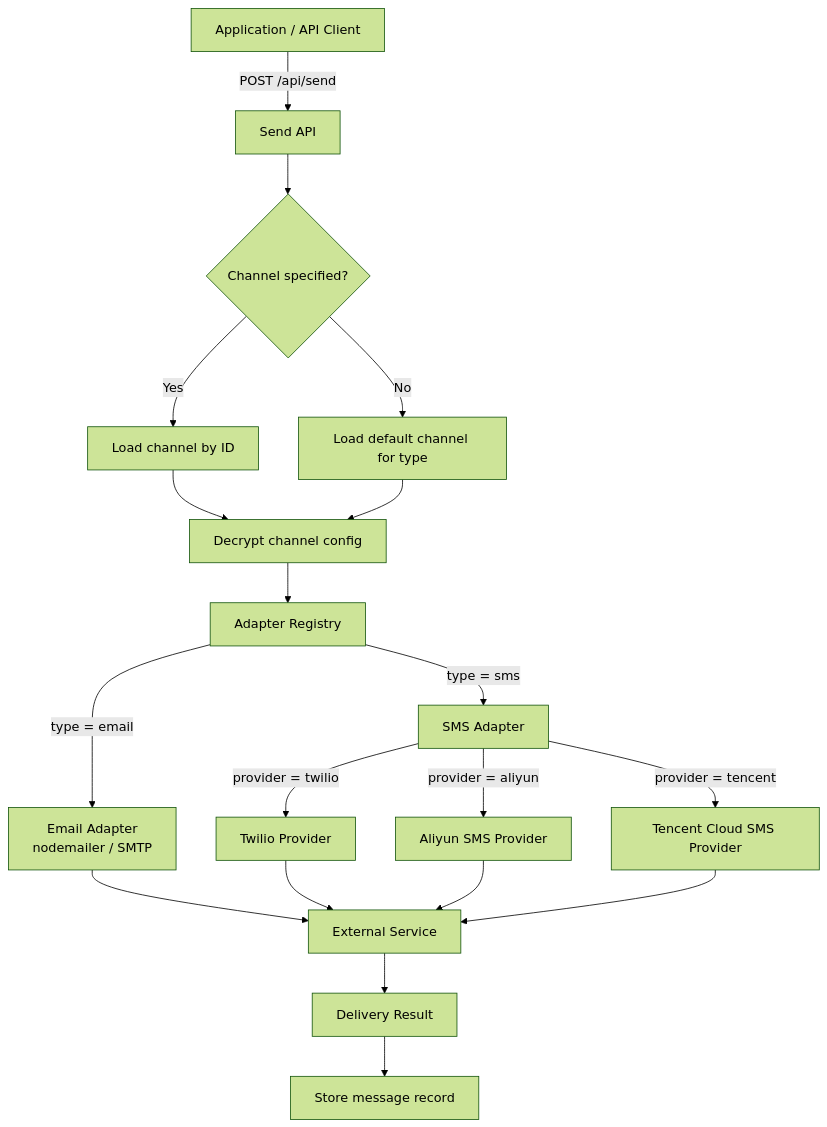
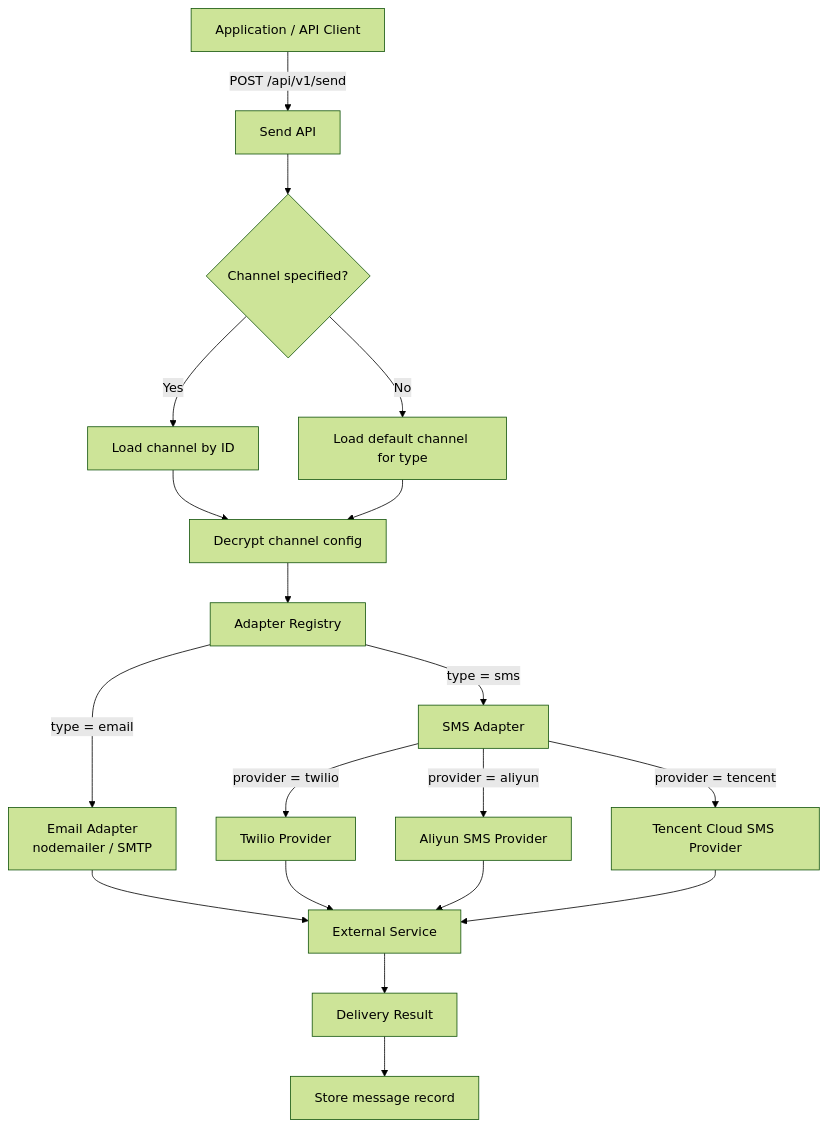
Before and after one commit to XUranus/notify-hub: the first of 2 diagrams in docs/docs/channels/overview.md, drawn with Mermaid (forest theme). The commit also changed other lines of this file and 11 other files, not shown here.

````diff
--- a/docs/docs/channels/overview.md
+++ b/docs/docs/channels/overview.md
@@ -13,21 +13,21 @@
 ```mermaid
 flowchart TD
-    A[Application / API Client] -->|POST /api/send| B[Send API]
+    A[Application / API Client] -->|POST /api/v1/send| B[Send API]
     B --> C{Channel specified?}
     C -->|Yes| D[Load channel by ID]
     C -->|No| E[Load default channel for type]
     D --> F[Decrypt channel config]
     E --> F
     F --> G[Adapter Registry]
     G -->|type = email| H[Email Adapter<br/>nodemailer / SMTP]
     G -->|type = sms| I[SMS Adapter]
     I -->|provider = twilio| J[Twilio Provider]
     I -->|provider = aliyun| K[Aliyun SMS Provider]
     I -->|provider = tencent| L[Tencent Cloud SMS Provider]
     H --> M[External Service]
     J --> M
     K --> M
     L --> M
     M --> N[Delivery Result]
     N --> O[Store message record]
 ```
````
